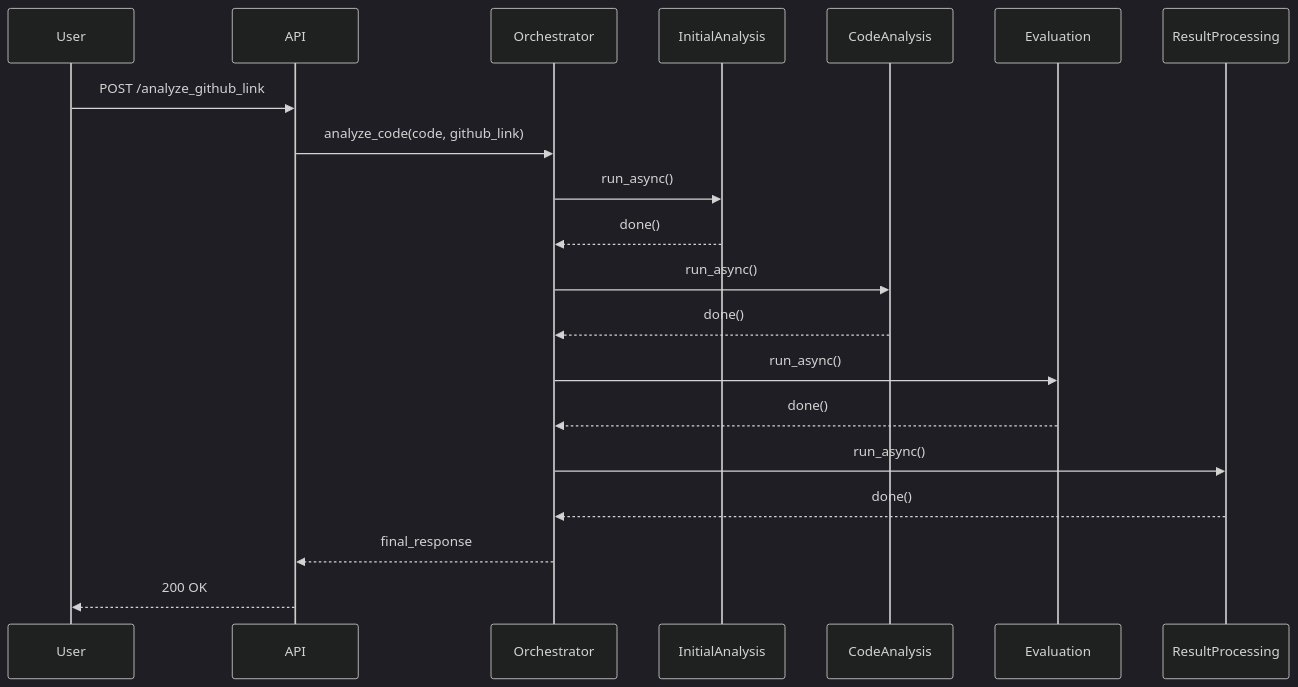
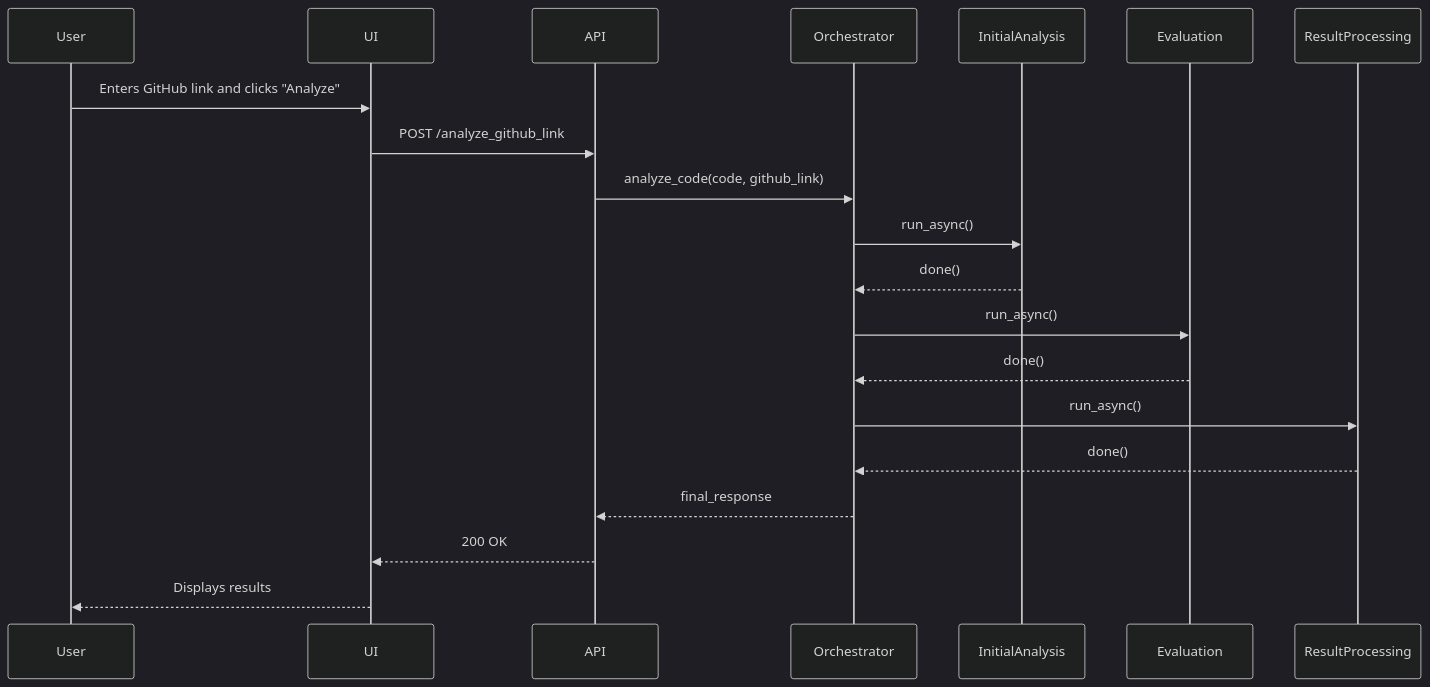
The second of 2 diagrams in docs/TECHNICAL_DESIGN.md (joeshirey/HealthScoringAgent), drawn with Mermaid (dark theme) before and after one commit. The commit also changed other lines of this file and 6 other files, not shown here.

````diff
--- a/docs/TECHNICAL_DESIGN.md
+++ b/docs/TECHNICAL_DESIGN.md
@@ -48,23 +43,23 @@
 ```mermaid
 sequenceDiagram
     participant User
+    participant UI
     participant API
     participant Orchestrator
     participant InitialAnalysis
-    participant CodeAnalysis
     participant Evaluation
     participant ResultProcessing
 
-    User->>API: POST /analyze_github_link
+    User->>UI: Enters GitHub link and clicks "Analyze"
+    UI->>API: POST /analyze_github_link
     API->>Orchestrator: analyze_code(code, github_link)
     Orchestrator->>InitialAnalysis: run_async()
     InitialAnalysis-->>Orchestrator: done()
-    Orchestrator->>CodeAnalysis: run_async()
-    CodeAnalysis-->>Orchestrator: done()
     Orchestrator->>Evaluation: run_async()
     Evaluation-->>Orchestrator: done()
     Orchestrator->>ResultProcessing: run_async()
     ResultProcessing-->>Orchestrator: done()
     Orchestrator-->>API: final_response
-    API-->>User: 200 OK
+    API-->>UI: 200 OK
+    UI-->>User: Displays results
 ```
````
